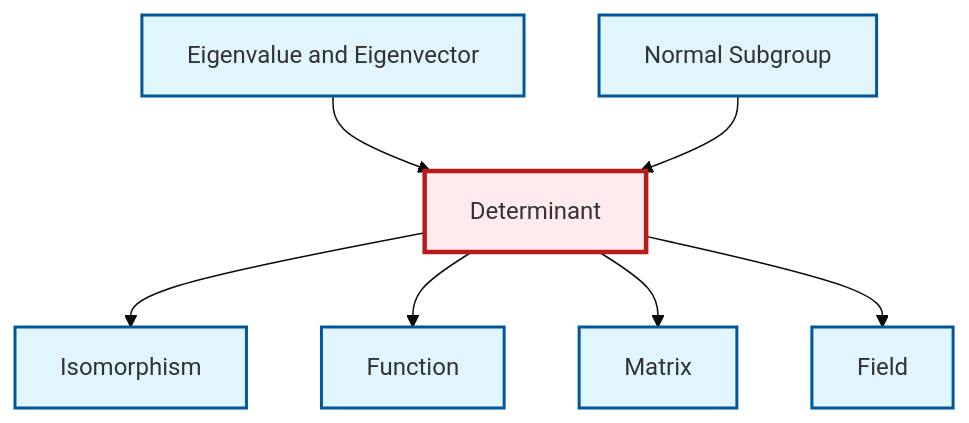
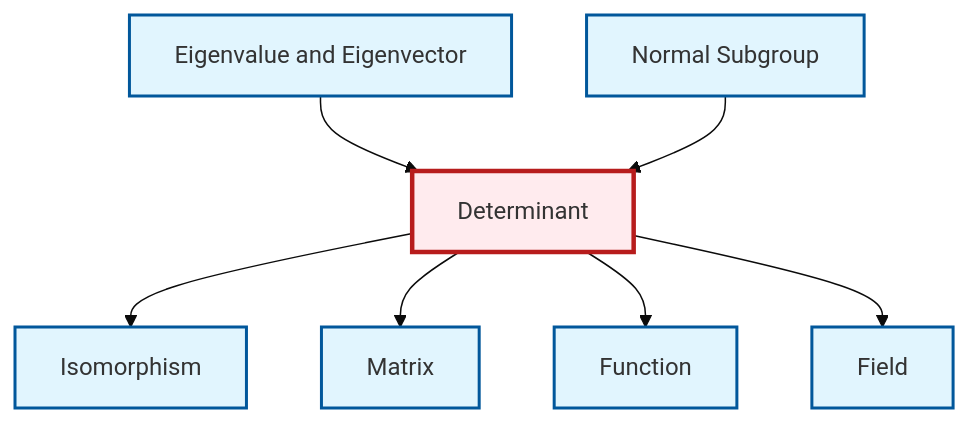
The diagram in output/mermaid/en/def-determinant.mermaid (RK0429/ModernMath), drawn with Mermaid (base theme) before and after one commit. The commit also changed other lines of this file and 3212 other files, not shown here.

```diff
--- a/output/mermaid/en/def-determinant.mermaid
+++ b/output/mermaid/en/def-determinant.mermaid
@@ -1,20 +1,20 @@
 graph TD
     classDef definition fill:#e1f5fe,stroke:#01579b,stroke-width:2px
     classDef theorem fill:#f3e5f5,stroke:#4a148c,stroke-width:2px
     classDef axiom fill:#fff3e0,stroke:#e65100,stroke-width:2px
     classDef example fill:#e8f5e9,stroke:#1b5e20,stroke-width:2px
     classDef current fill:#ffebee,stroke:#b71c1c,stroke-width:3px
+    def-normal-subgroup["Normal Subgroup"]:::definition
     def-field["Field"]:::definition
-    def-normal-subgroup["Normal Subgroup"]:::definition
     def-isomorphism["Isomorphism"]:::definition
+    def-determinant["Determinant"]:::definition
+    def-function["Function"]:::definition
     def-matrix["Matrix"]:::definition
-    def-function["Function"]:::definition
     def-eigenvalue-eigenvector["Eigenvalue and Eigenvector"]:::definition
-    def-determinant["Determinant"]:::definition
     def-determinant --> def-isomorphism
+    def-determinant --> def-matrix
+    def-determinant --> def-function
     def-eigenvalue-eigenvector --> def-determinant
-    def-determinant --> def-function
-    def-determinant --> def-matrix
+    def-normal-subgroup --> def-determinant
     def-determinant --> def-field
-    def-normal-subgroup --> def-determinant
     class def-determinant current
```
